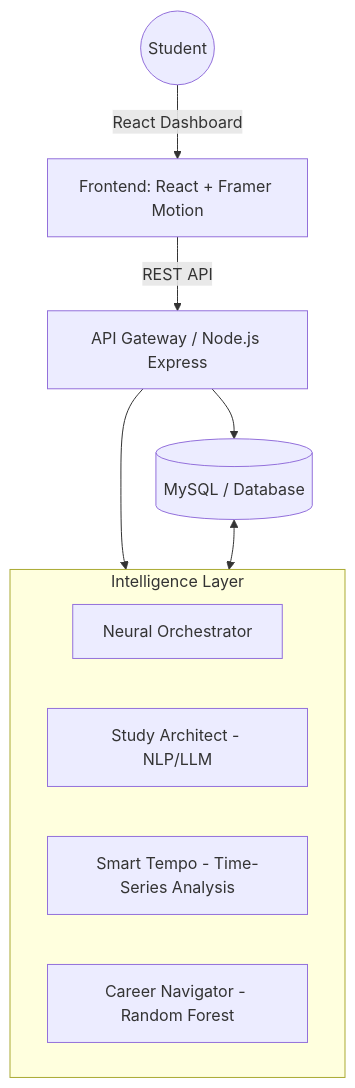
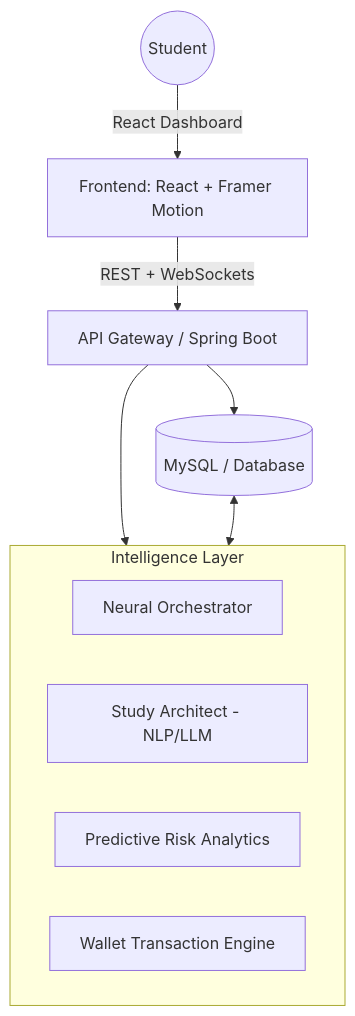
One commit to gunareddy-27/student-management-system changed the first of 3 diagrams in README.md. Above: the diagram before and after it, drawn with Mermaid. The commit also changed other lines of this file and 14 other files, not shown here.

Commit message:
Integrated WebSockets, Digital Wallet, Analytics, and updated Project Blueprint

````diff
--- a/README.md
+++ b/README.md
@@ -22,17 +22,17 @@
 ```mermaid
 graph TD
     User((Student)) -->|React Dashboard| Frontend[Frontend: React + Framer Motion]
-    Frontend -->|REST API| Gateway[API Gateway / Node.js Express]
+    Frontend -->|REST + WebSockets| Gateway[API Gateway / Spring Boot]
     
     subgraph AI_Engine [Intelligence Layer]
         AgentHub[Neural Orchestrator]
         StudyAI[Study Architect - NLP/LLM]
-        TempoAI[Smart Tempo - Time-Series Analysis]
-        CareerAI[Career Navigator - Random Forest]
+        RiskAI[Predictive Risk Analytics]
+        FinanceAI[Wallet Transaction Engine]
     end
     
     Gateway --> AI_Engine
     Gateway --> DB[(MySQL / Database)]
     
     DB <--> AI_Engine
 ```
````
